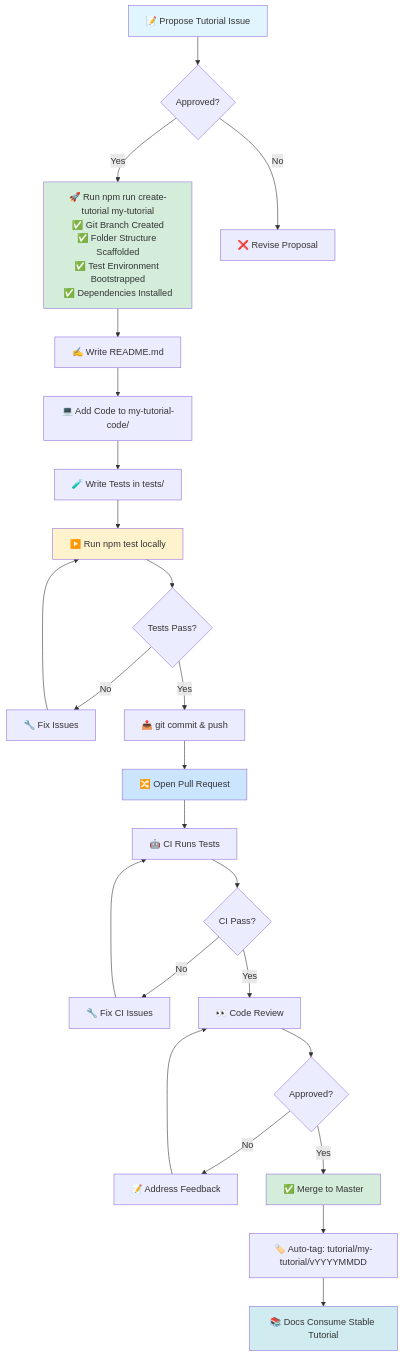
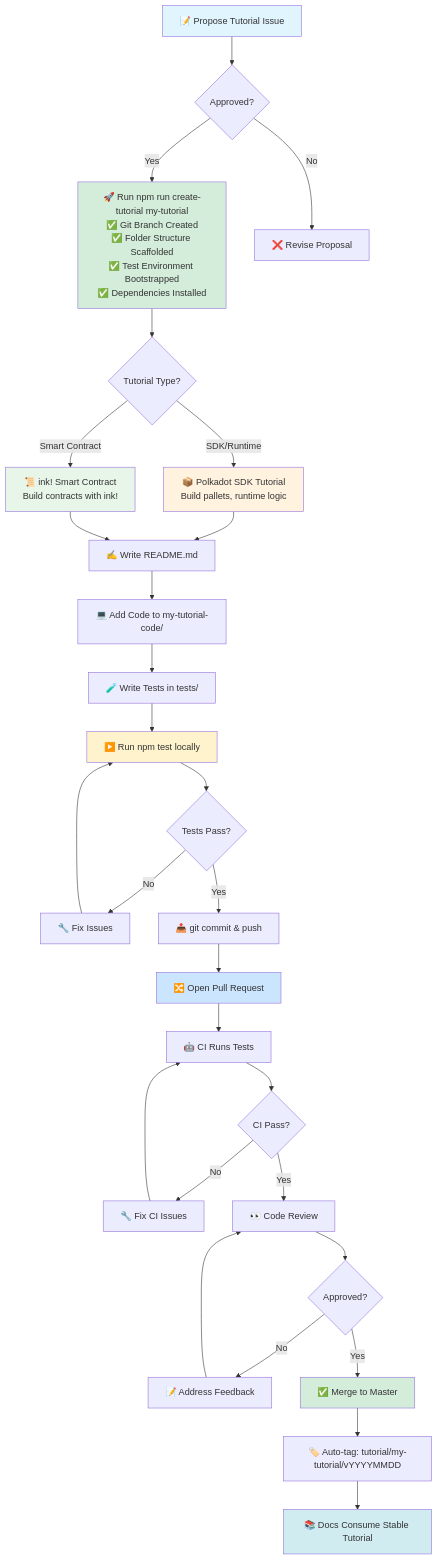
One commit to polkadot-developers/polkadot-cookbook changed the diagram in .github/TUTORIAL_WORKFLOW.md. Above: the diagram before and after it, drawn with Mermaid. The commit also changed 1 other file, not shown here.

````diff
--- a/.github/TUTORIAL_WORKFLOW.md
+++ b/.github/TUTORIAL_WORKFLOW.md
@@ -5,38 +5,45 @@
 ```mermaid
 graph TD
     A[📝 Propose Tutorial Issue] --> B{Approved?}
     B -->|Yes| C["🚀 Run npm run create-tutorial my-tutorial<br/>✅ Git Branch Created<br/>✅ Folder Structure Scaffolded<br/>✅ Test Environment Bootstrapped<br/>✅ Dependencies Installed"]
     B -->|No| Z[❌ Revise Proposal]
 
-    C --> H[✍️ Write README.md]
+    C --> TT{Tutorial Type?}
+    TT -->|SDK/Runtime| SDK[📦 Polkadot SDK Tutorial<br/>Build pallets, runtime logic]
+    TT -->|Smart Contract| SC[📜 ink! Smart Contract<br/>Build contracts with ink!]
+
+    SDK --> H[✍️ Write README.md]
+    SC --> H
     H --> I[💻 Add Code to my-tutorial-code/]
     I --> J[🧪 Write Tests in tests/]
 
     J --> K[▶️ Run npm test locally]
     K --> L{Tests Pass?}
     L -->|No| M[🔧 Fix Issues]
     M --> K
     L -->|Yes| N[📤 git commit & push]
 
     N --> O[🔀 Open Pull Request]
     O --> P[🤖 CI Runs Tests]
     P --> Q{CI Pass?}
     Q -->|No| R[🔧 Fix CI Issues]
     R --> P
     Q -->|Yes| S[👀 Code Review]
 
     S --> T{Approved?}
     T -->|No| U[📝 Address Feedback]
     U --> S
     T -->|Yes| V[✅ Merge to Master]
 
     V --> W[🏷️ Auto-tag: tutorial/my-tutorial/vYYYYMMDD]
     W --> X[📚 Docs Consume Stable Tutorial]
 
     style A fill:#e1f5ff
     style C fill:#d4edda
+    style SDK fill:#fff3e0
+    style SC fill:#e8f5e9
     style K fill:#fff3cd
     style O fill:#cce5ff
     style V fill:#d4edda
     style X fill:#d1ecf1
 ```
````
